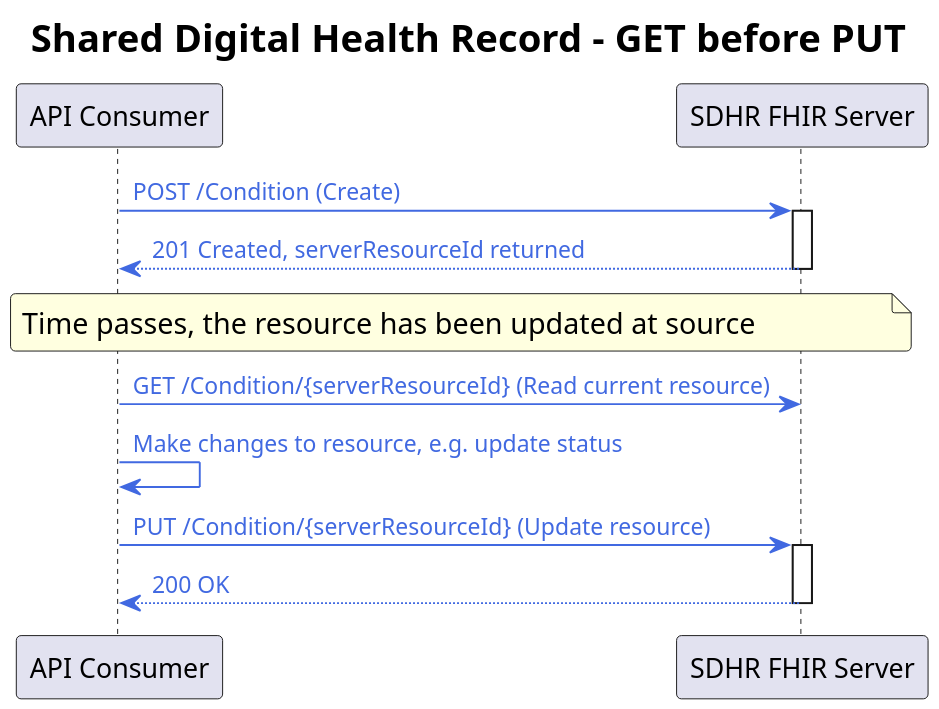
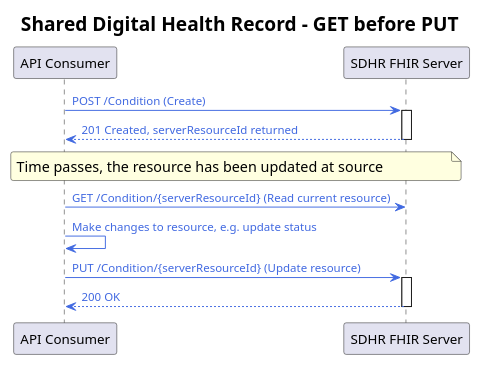
Before and after one commit to tewhatuora/fhir-sdhr: the diagram in input/images-source/get-before-put.plantuml, drawn with PlantUML. The commit also changed 1 other file, not shown here.

```diff
--- a/input/images-source/get-before-put.plantuml
+++ b/input/images-source/get-before-put.plantuml
@@ -1,47 +1,47 @@
 @startuml
 
 skinparam dpi 100 
-scale max 300 width
+scale max 150 width
 
 skinparam ActivityDiamondBackgroundColor #RoyalBlue
 skinparam ArrowColor #RoyalBlue   
 skinparam ArrowFontColor #RoyalBlue   
 skinparam ArrowFontSize 12
 skinparam ArrowMessageAlignment right
 skinparam BoxPadding 10
 skinparam ClassFontSize 16
 skinparam ClassFontStyle bold
 skinparam ClassStereotypeFontSize 16
 skinparam dpi 300
 skinparam FooterFontSize 14
 skinparam FooterFontStyle italic
 skinparam LegendBackgroundColor #Snow
 skinparam LegendFontName Helvetica
 skinparam LegendFontSize 16
 skinparam linetype ortho
 skinparam nodesep 70
 skinparam NoteBackgroundColor #LightYellow
 skinparam NoteFontSize 15
 skinparam NoteTextAlignment left
 skinparam ranksep 60
 skinparam roundcorner 5
 skinparam TitleFontSize 20
 
 title "Shared Digital Health Record - GET before PUT"
 participant "API Consumer" as Client
 participant "SDHR FHIR Server" as Server
 
 Client -> Server: POST /Condition (Create)
 activate Server
 Server --> Client: 201 Created, serverResourceId returned
 deactivate Server
 
 note over Client, Server: Time passes, the resource has been updated at source
 
 Client -> Server: GET /Condition/{serverResourceId} (Read current resource)
 Client -> Client: Make changes to resource, e.g. update status
 Client -> Server: PUT /Condition/{serverResourceId} (Update resource)
 activate Server
 Server --> Client: 200 OK
 deactivate Server
 @enduml
```
